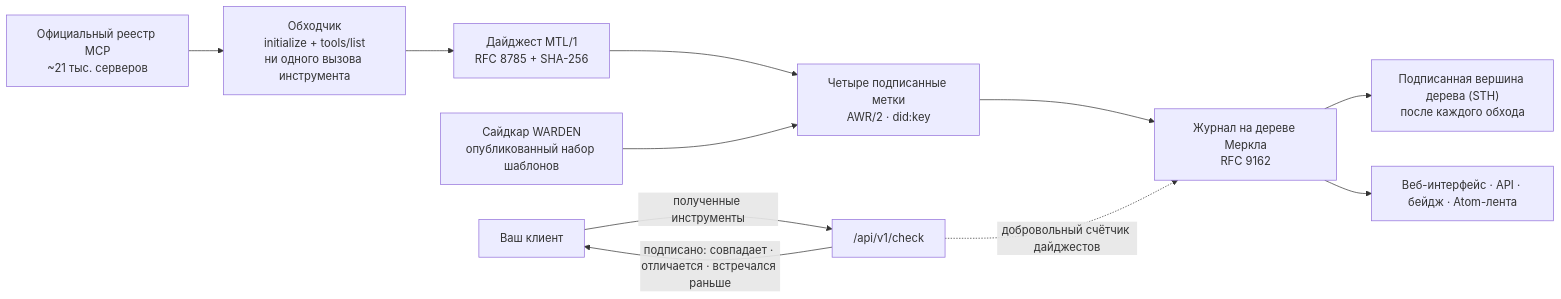
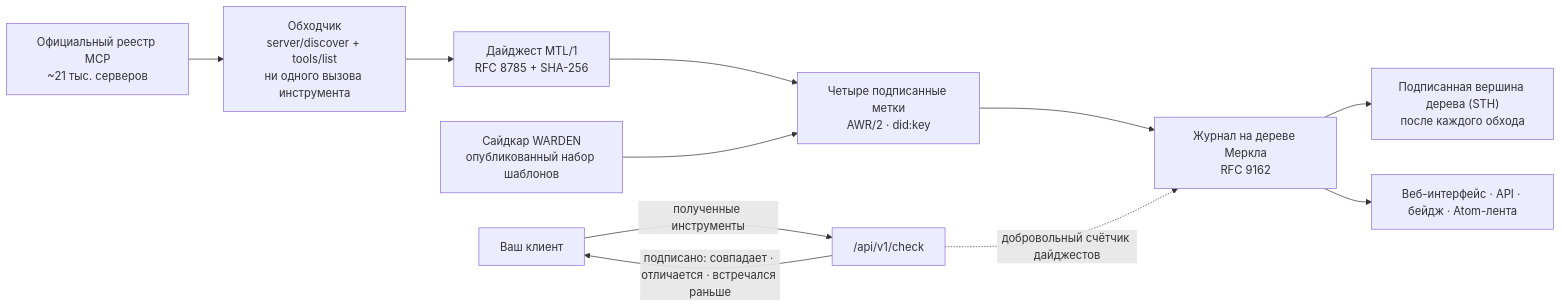
Before and after one commit to alexar76/histor: the diagram in README.ru.md, drawn with Mermaid. The commit also changed other lines of this file and 78 other files, not shown here.

````diff
--- a/README.ru.md
+++ b/README.ru.md
@@ -55,13 +55,13 @@
 ```mermaid
 flowchart LR
-    R["Официальный реестр MCP<br/>~21 тыс. серверов"] --> C["Обходчик<br/>initialize + tools/list<br/>ни одного вызова инструмента"]
+    R["Официальный реестр MCP<br/>~21 тыс. серверов"] --> C["Обходчик<br/>server/discover + tools/list<br/>ни одного вызова инструмента"]
     C --> D["Дайджест MTL/1<br/>RFC 8785 + SHA-256"]
     D --> L["Четыре подписанные метки<br/>AWR/2 · did:key"]
     W["Сайдкар WARDEN<br/>опубликованный набор шаблонов"] --> L
     L --> M["Журнал на дереве Меркла<br/>RFC 9162"]
     M --> S["Подписанная вершина дерева (STH)<br/>после каждого обхода"]
     M --> API["Веб-интерфейс · API · бейдж · Atom-лента"]
     CL["Ваш клиент"] -- "полученные инструменты" --> K["/api/v1/check"]
     K -- "подписано: совпадает · отличается · встречался раньше" --> CL
     K -. "добровольный счётчик дайджестов" .-> M
 ```
````
